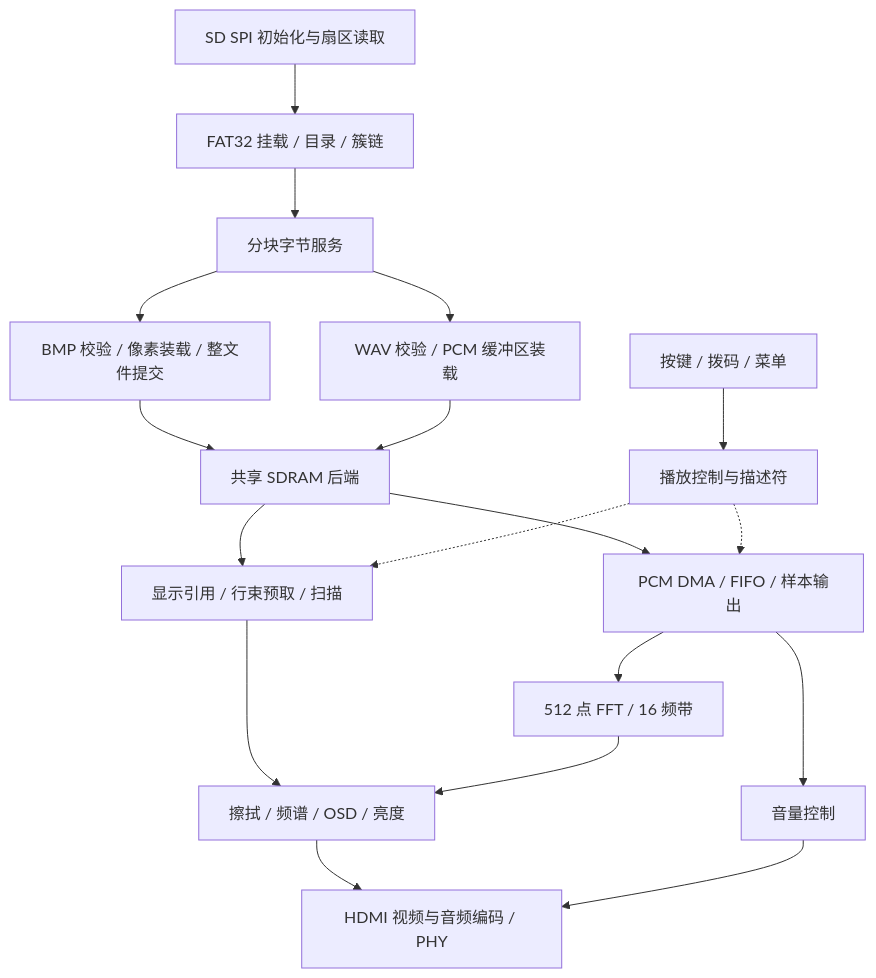
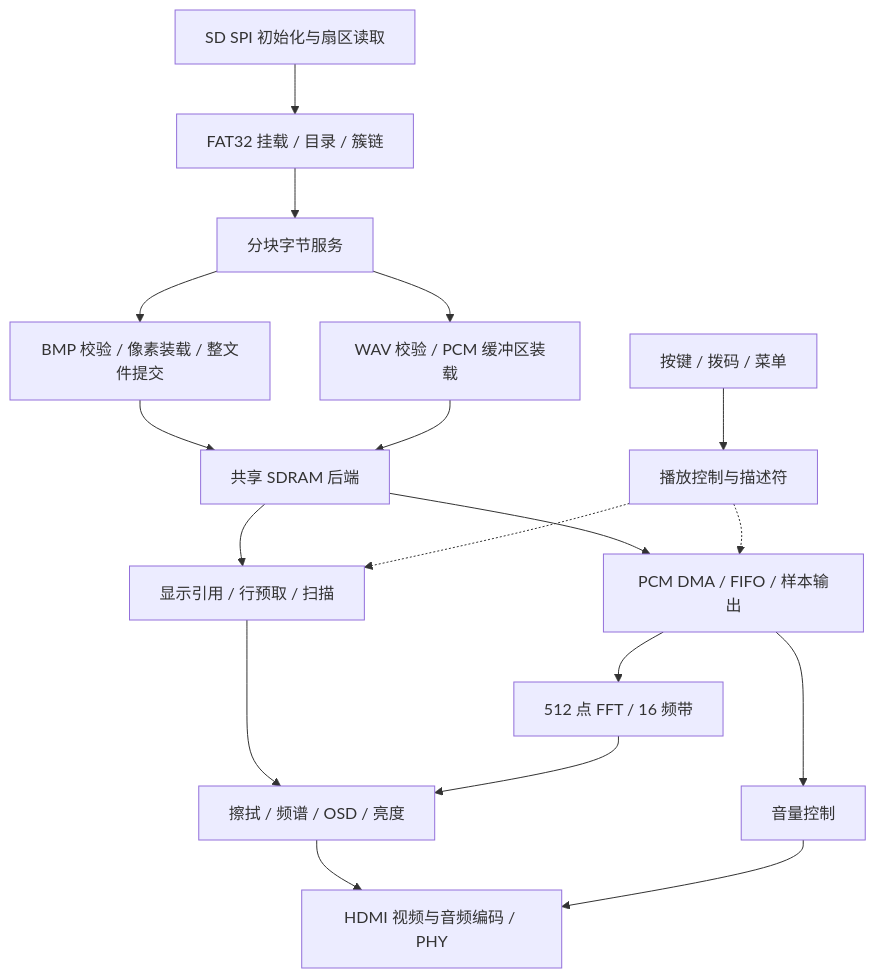
The diagram in docs/TECHNICAL_DESIGN.md (zhwang0127/fpga-hdmi-multimedia-player), drawn with Mermaid before and after one commit. The commit also changed other lines of this file and 1 other file, not shown here.

````diff
--- a/docs/TECHNICAL_DESIGN.md
+++ b/docs/TECHNICAL_DESIGN.md
@@ -17,19 +17,19 @@
 ```mermaid
 flowchart TB
     K["按键 / 拨码 / 菜单"] --> P["播放控制与描述符"]
     SD["SD SPI 初始化与扇区读取"] --> FAT["FAT32 挂载 / 目录 / 簇链"]
     FAT --> F["分块字节服务"]
     F --> B["BMP 校验 / 像素装载 / 整文件提交"]
     F --> W["WAV 校验 / PCM 缓冲区装载"]
     B --> M["共享 SDRAM 后端"]
     W --> M
-    M --> V["显示引用 / 行束预取 / 扫描"]
+    M --> V["显示引用 / 行预取 / 扫描"]
     M --> A["PCM DMA / FIFO / 样本输出"]
     P -.-> V
     P -.-> A
     A --> FFT["512 点 FFT / 16 频带"]
     V --> O["擦拭 / 频谱 / OSD / 亮度"]
     FFT --> O
     O --> H["HDMI 视频与音频编码 / PHY"]
     A --> G["音量控制"] --> H
 ```
````
